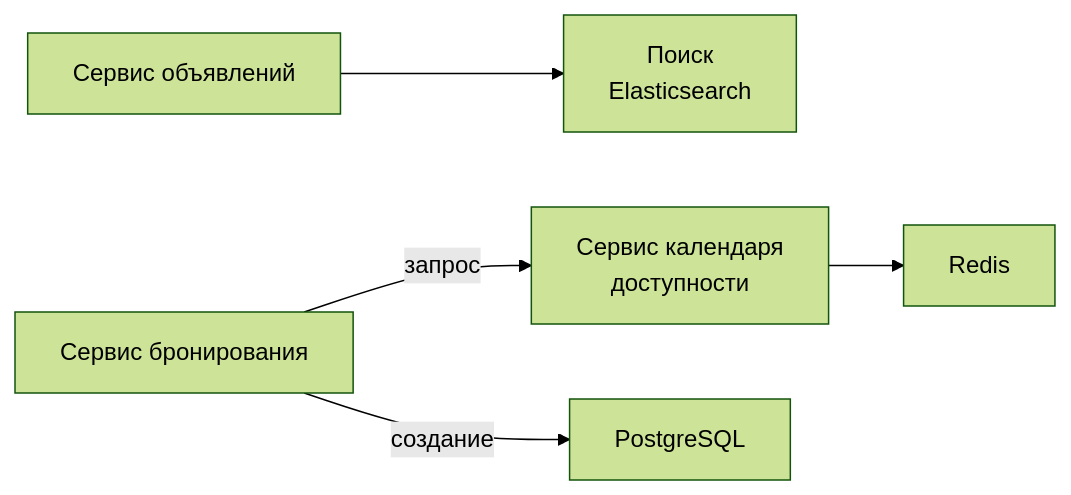
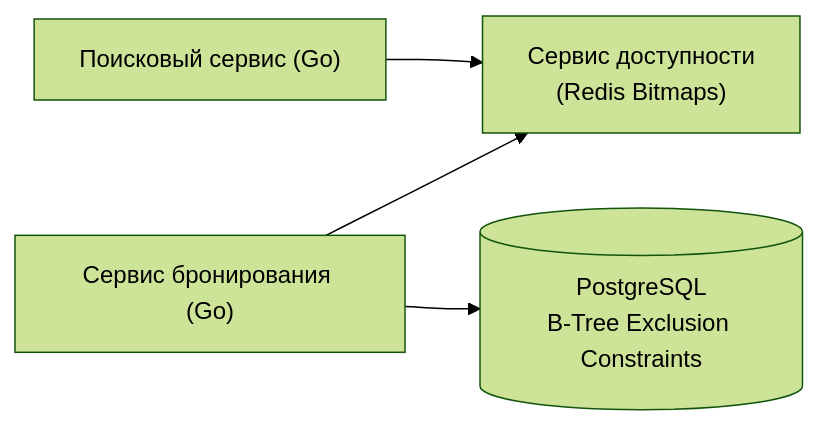
The ninth of 10 diagrams in sources/11. Архитектура и System Design/52. Разбор типичных System Design задач.md (UnrealTemplier/go-textbook), drawn with Mermaid (forest theme) before and after one commit. The commit also changed other lines of this file, not shown here.

````diff
--- a/sources/11. Архитектура и System Design/52. Разбор типичных System Design задач.md
+++ b/sources/11. Архитектура и System Design/52. Разбор типичных System Design задач.md
@@ -384,14 +408,11 @@
 ```mermaid
 flowchart LR
-    ListingSvc["Сервис объявлений"]
-    CalendarSvc["Сервис календаря<br>доступности"]
-    BookingSvc["Сервис бронирования"]
-    SearchSvc["Поиск<br>Elasticsearch"]
-    DB["PostgreSQL"]
-    Redis["Redis"]
+    Search["Поисковый сервис (Go)"]
+    Calendar["Сервис доступности<br>(Redis Bitmaps)"]
+    Booking["Сервис бронирования (Go)"]
+    DB[("PostgreSQL<br>B-Tree Exclusion Constraints")]
 
-    ListingSvc --> SearchSvc
-    CalendarSvc --> Redis
-    BookingSvc -->|"запрос"| CalendarSvc
-    BookingSvc -->|"создание"| DB
+    Search --> Calendar
+    Booking --> Calendar
+    Booking --> DB
 ```
````
